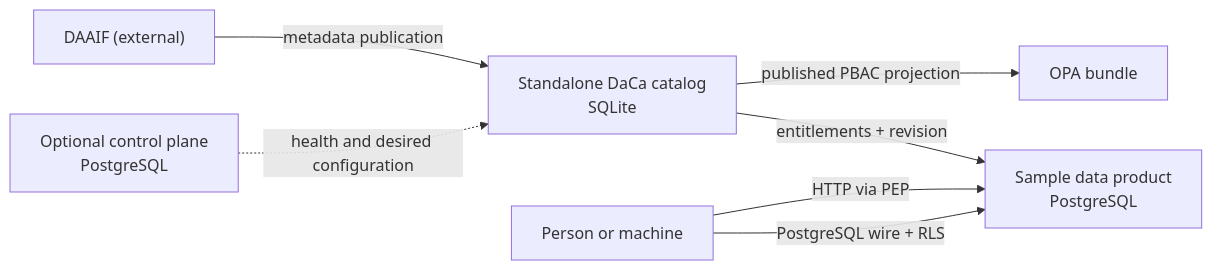
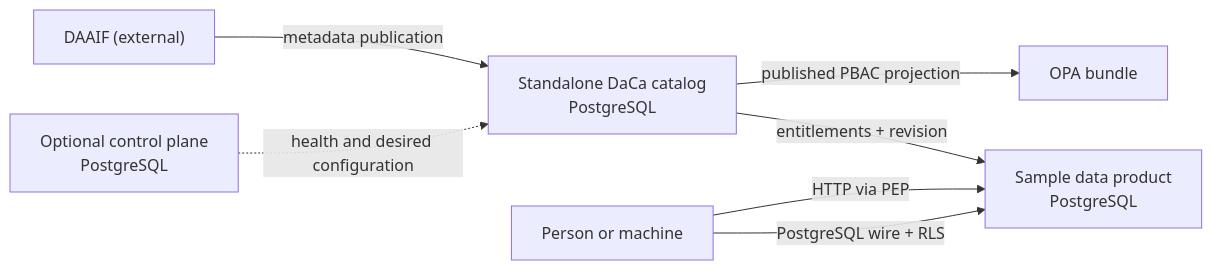
Before and after one commit to svabra/tib-daca-poc: the diagram in docs/data-model/README.md, drawn with Mermaid. The commit also changed other lines of this file and 161 other files, not shown here.

Commit message:
Rename to DaCa and migrate runtime to PostgreSQL

````diff
--- a/docs/data-model/README.md
+++ b/docs/data-model/README.md
@@ -27,9 +27,9 @@
 ```mermaid
 flowchart LR
-    DAAIF["DAAIF (external)"] -->|metadata publication| CATALOG["Standalone DaCa catalog\nSQLite"]
+    DAAIF["DAAIF (external)"] -->|metadata publication| CATALOG["Standalone DaCa catalog\nPostgreSQL"]
     CATALOG -->|published PBAC projection| OPA["OPA bundle"]
     CATALOG -->|entitlements + revision| SAMPLE["Sample data product\nPostgreSQL"]
     CONTROL["Optional control plane\nPostgreSQL"] -.->|health and desired configuration| CATALOG
     CONSUMER["Person or machine"] -->|HTTP via PEP| SAMPLE
     CONSUMER -->|PostgreSQL wire + RLS| SAMPLE
 ```
````
